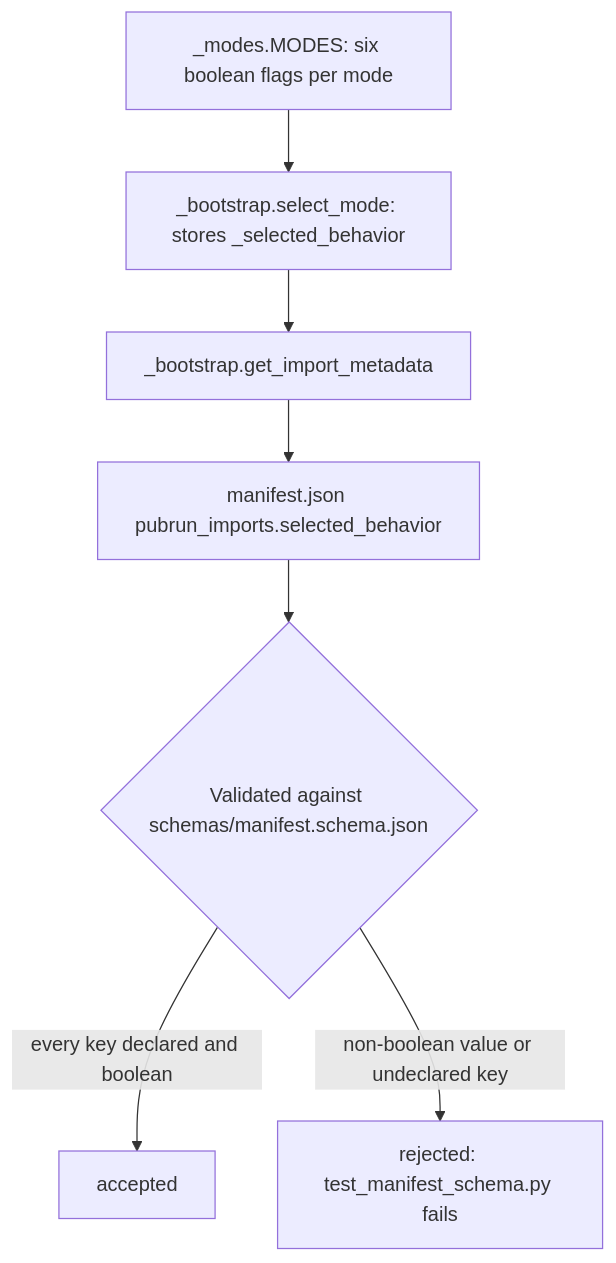
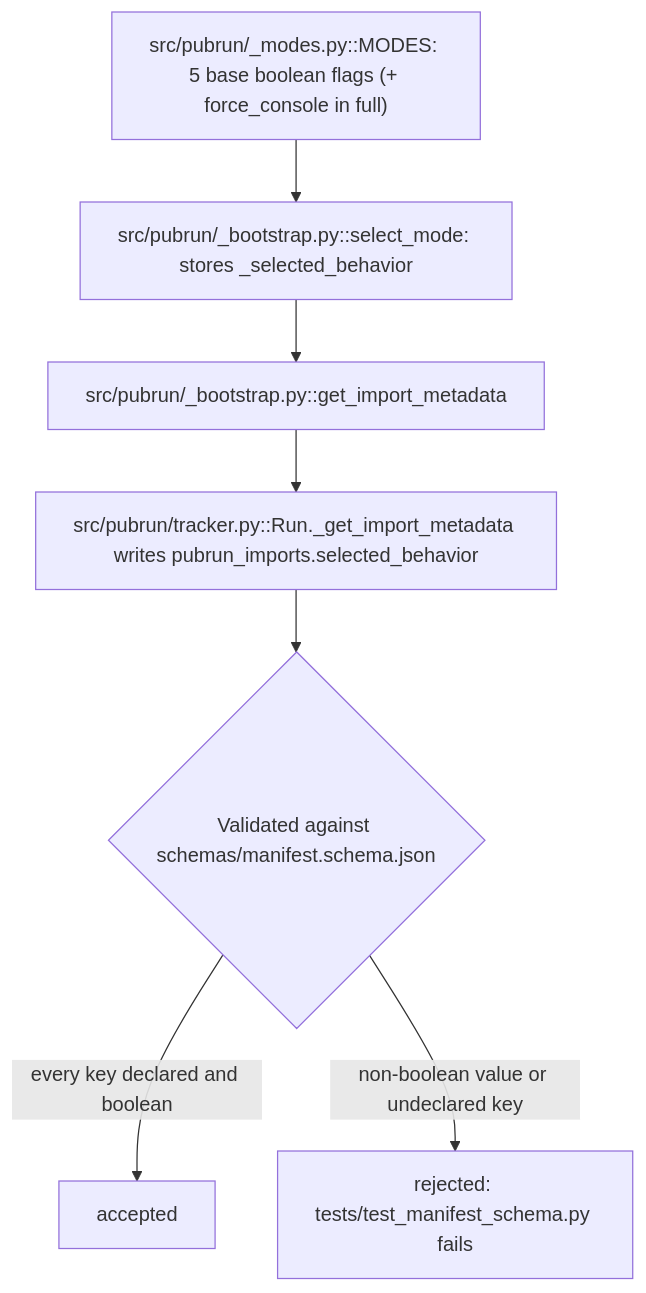
The diagram in .aw/records/plans/pending/20261124-31kpnv-01-4r4ymv-declare-all-selected-behavior-keys-in-the-manifest-schema.ipd.md (fariello/pubrun), drawn with Mermaid before and after one commit. The commit also changed other lines of this file and 1 other file, not shown here.

````diff
--- a/.aw/records/plans/pending/20261124-31kpnv-01-4r4ymv-declare-all-selected-behavior-keys-in-the-manifest-schema.ipd.md
+++ b/.aw/records/plans/pending/20261124-31kpnv-01-4r4ymv-declare-all-selected-behavior-keys-in-the-manifest-schema.ipd.md
@@ -115,9 +125,9 @@
 ```mermaid
 flowchart TD
-    A["_modes.MODES: six boolean flags per mode"] --> B["_bootstrap.select_mode: stores _selected_behavior"]
-    B --> C["_bootstrap.get_import_metadata"]
-    C --> D["manifest.json pubrun_imports.selected_behavior"]
+    A["src/pubrun/_modes.py::MODES: 5 base boolean flags (+ force_console in full)"] --> B["src/pubrun/_bootstrap.py::select_mode: stores _selected_behavior"]
+    B --> C["src/pubrun/_bootstrap.py::get_import_metadata"]
+    C --> D["src/pubrun/tracker.py::Run._get_import_metadata writes pubrun_imports.selected_behavior"]
     D --> E{"Validated against schemas/manifest.schema.json"}
     E -->|"every key declared and boolean"| F["accepted"]
-    E -->|"non-boolean value or undeclared key"| G["rejected: test_manifest_schema.py fails"]
+    E -->|"non-boolean value or undeclared key"| G["rejected: tests/test_manifest_schema.py fails"]
 ```
````
